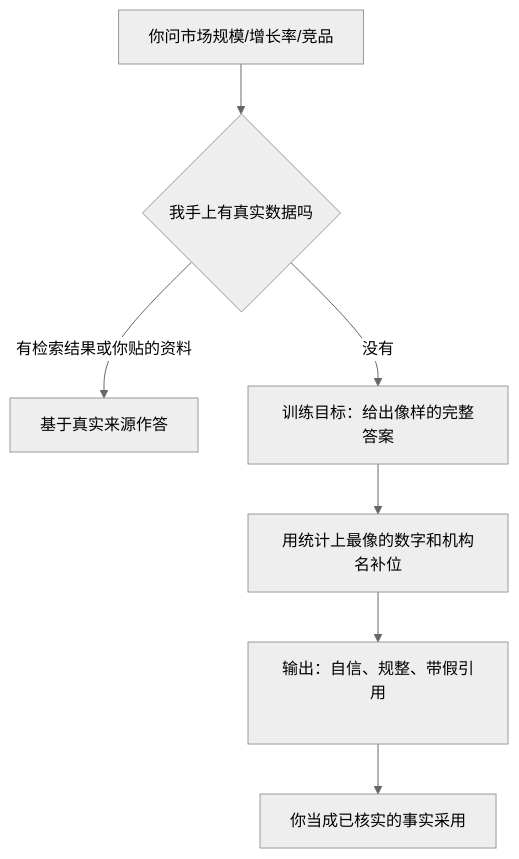
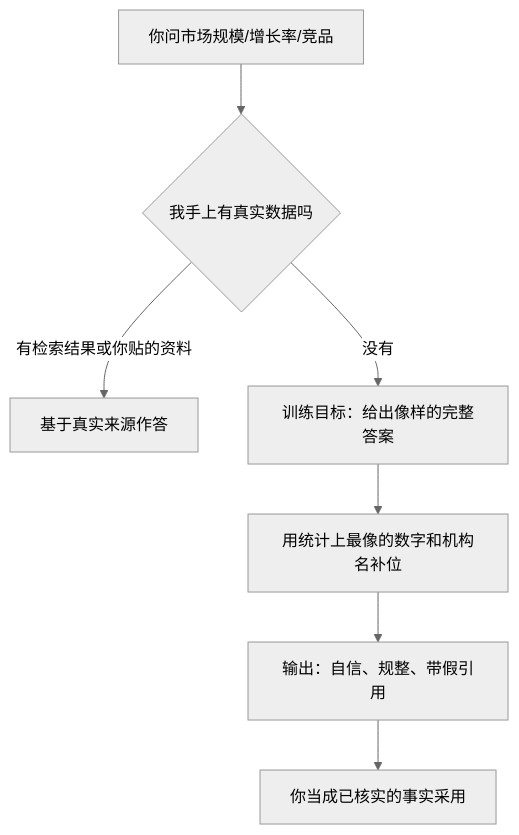
Before and after one commit to XuebinMa/AIWiki: the diagram in docs/01-ideation-feasibility/fabricated-research-data.mdx, drawn with Mermaid (neutral theme). The commit also changed 99 other files, not shown here.

First line of the commit message:
fix(mermaid): 全局根治节点文字裁切（htmlLabels:false + 清理 br/nbsp 占位）(#26)

````diff
--- a/docs/01-ideation-feasibility/fabricated-research-data.mdx
+++ b/docs/01-ideation-feasibility/fabricated-research-data.mdx
@@ -38,9 +38,9 @@
 ```mermaid
 flowchart TD
     A[你问市场规模/增长率/竞品] --> B{我手上有真实数据吗}
     B -->|有检索结果或你贴的资料| C[基于真实来源作答]
     B -->|没有| D[训练目标：给出像样的完整答案]
     D --> E[用统计上最像的数字和机构名补位]
-    E --> F[输出：自信、规整、带假引用<br/>&nbsp;]
+    E --> F[输出：自信、规整、带假引用]
     F --> G[你当成已核实的事实采用]
 ```
````
